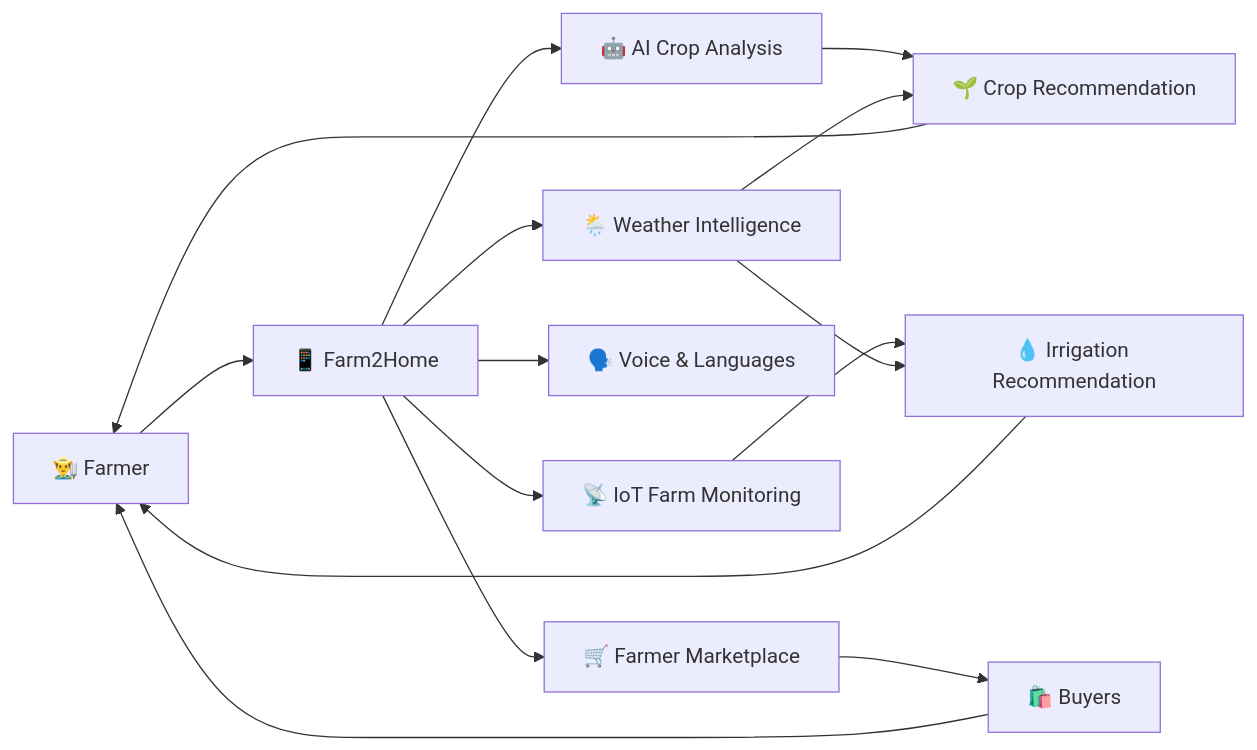
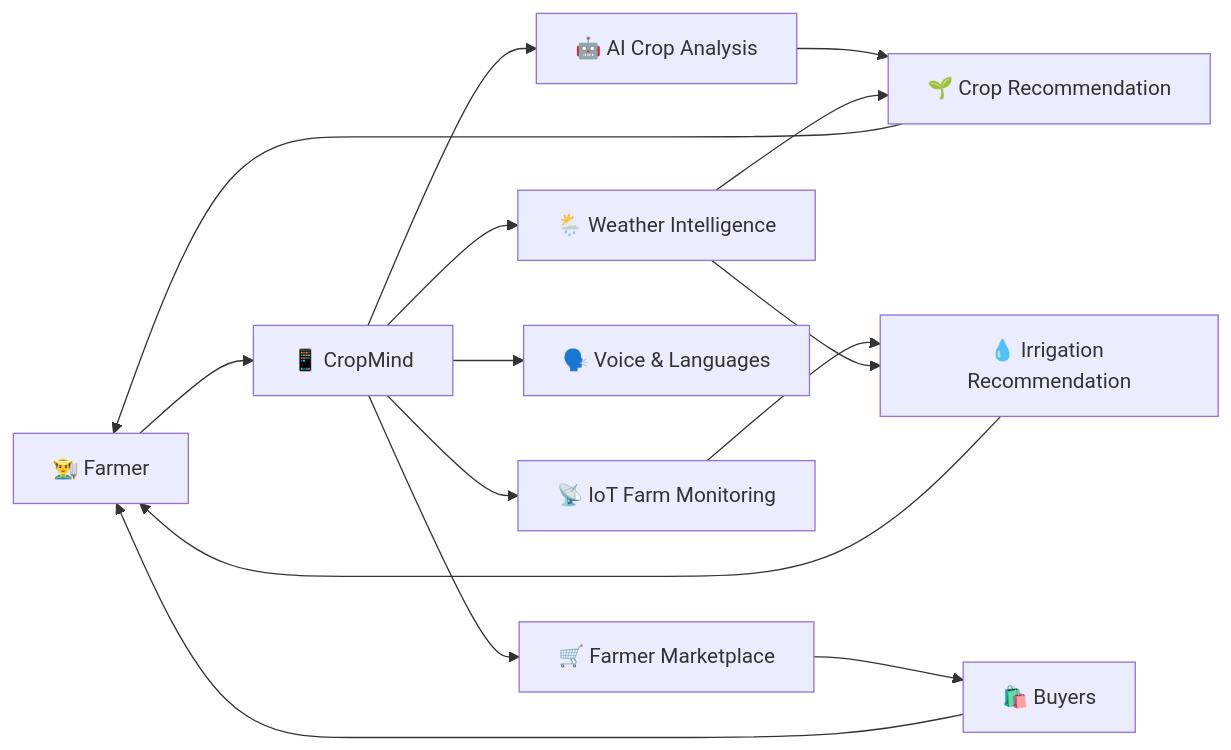
Before and after one commit to pavandoddavarapu/capstone_K4C0485: the diagram in README.md, drawn with Mermaid. The commit also changed other lines of this file, not shown here.

Commit message:
Rename Farm2Home to CropMind in README.md

````diff
--- a/README.md
+++ b/README.md
@@ -136,21 +136,21 @@
 ```mermaid
 flowchart LR
-    A[👨‍🌾 Farmer] --> B[📱 Farm2Home]
+    A[👨‍🌾 Farmer] --> B[📱 CropMind]
 
     B --> C[🤖 AI Crop Analysis]
     B --> D[📡 IoT Farm Monitoring]
     B --> E[🌦️ Weather Intelligence]
     B --> F[🗣️ Voice & Languages]
     B --> G[🛒 Farmer Marketplace]
 
     C --> H[🌱 Crop Recommendation]
     D --> I[💧 Irrigation Recommendation]
     E --> H
     E --> I
 
     H --> A
     I --> A
 
     G --> J[🛍️ Buyers]
     J --> A
 ```
````
